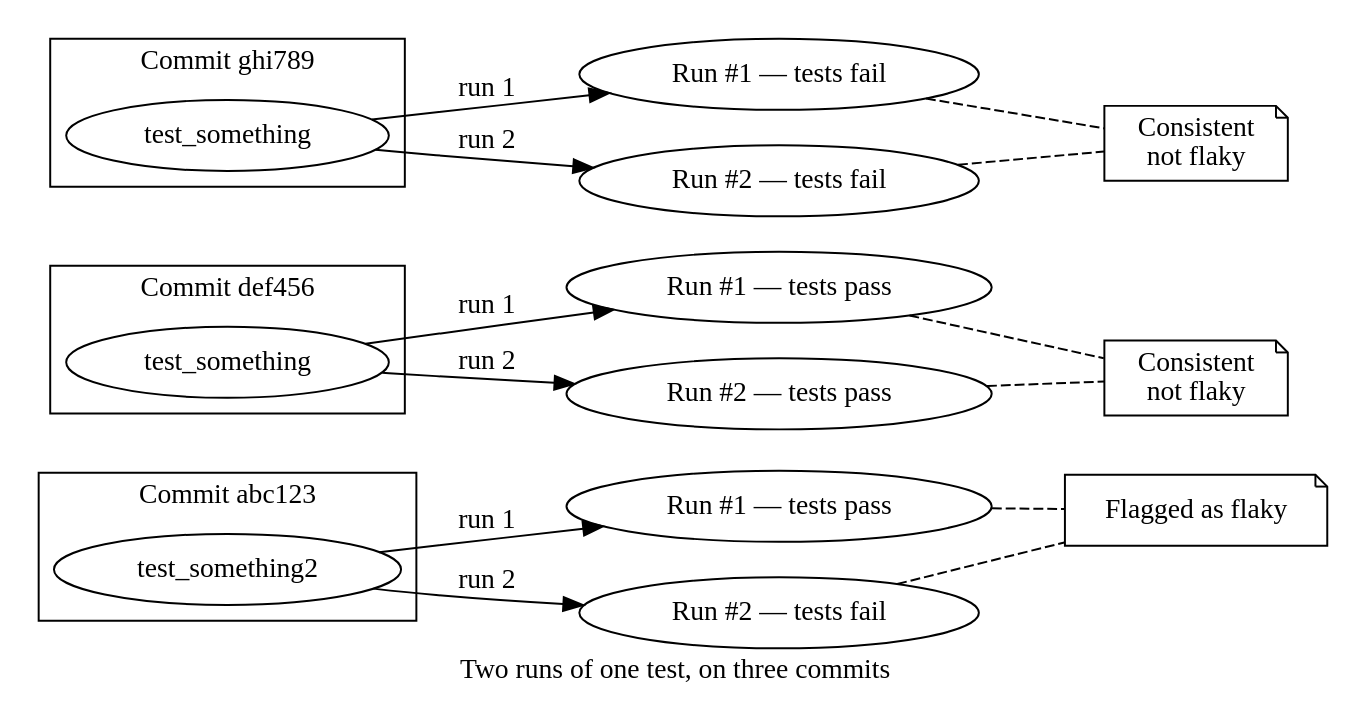
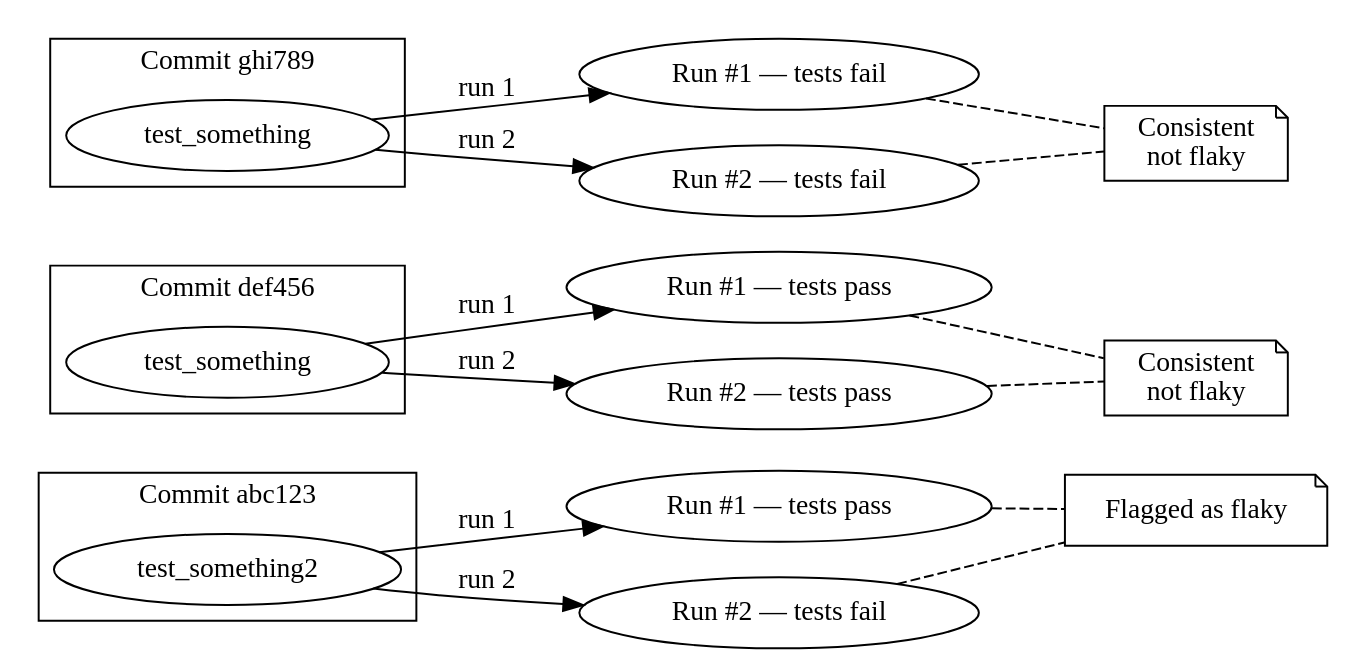
Before and after one commit to Mergifyio/docs: the diagram in src/content/docs/ci-insights/flaky-test-detection.mdx, drawn with Graphviz. The commit also changed 20 other files, not shown here.

First line of the commit message:
feat(diagrams): size by type, caption in HTML, one meaning per role

````diff
--- a/src/content/docs/ci-insights/flaky-test-detection.mdx
+++ b/src/content/docs/ci-insights/flaky-test-detection.mdx
@@ -33,48 +33,47 @@
-```dot class="queue"
+```dot class="queue" title="Two runs of one test on three commits: the runs that disagree flag the test as flaky"
 digraph {
-  label="Two runs of one test, on three commits";
   rankdir=LR;
 
   subgraph cluster_commit1 {
     class="batch";
     label="Commit abc123";
     commit1 [label="test_something2", shape=oval, class="config"];
   }
   run1 [label="Run #1 — tests pass", class="merged"];
   run2 [label="Run #2 — tests fail", class="failed"];
-  detector [label="Flagged as flaky", shape=note, class="pending"];
+  detector [label="Flagged as flaky", shape=note, class="flagged"];
   commit1 -> run1 [label="  run 1"];
   commit1 -> run2 [label="  run 2"];
   { rank=same; run1; run2; }
   run1 -> detector [class="muted", style=dashed, arrowhead=none];
   run2 -> detector [class="muted", style=dashed, arrowhead=none];
 
   subgraph cluster_commit2 {
     class="batch";
     label="Commit def456";
     commit2 [label="test_something", shape=oval, class="config"];
   }
   run3 [label="Run #1 — tests pass", class="merged"];
   run4 [label="Run #2 — tests pass", class="merged"];
   stable [label="Consistent\nnot flaky", shape=note, class="external"];
   commit2 -> run3 [label="  run 1"];
   commit2 -> run4 [label="  run 2"];
   { rank=same; run3; run4; }
   run3 -> stable [class="muted", style=dashed, arrowhead=none];
   run4 -> stable [class="muted", style=dashed, arrowhead=none];
 
   subgraph cluster_commit3 {
     class="batch";
     label="Commit ghi789";
     commit3 [label="test_something", shape=oval, class="config"];
   }
   run5 [label="Run #1 — tests fail", class="failed"];
   run6 [label="Run #2 — tests fail", class="failed"];
   stable2 [label="Consistent\nnot flaky", shape=note, class="external"];
   commit3 -> run5 [label="  run 1"];
   commit3 -> run6 [label="  run 2"];
   { rank=same; run5; run6; }
   run5 -> stable2 [class="muted", style=dashed, arrowhead=none];
   run6 -> stable2 [class="muted", style=dashed, arrowhead=none];
 }
 ```
````
